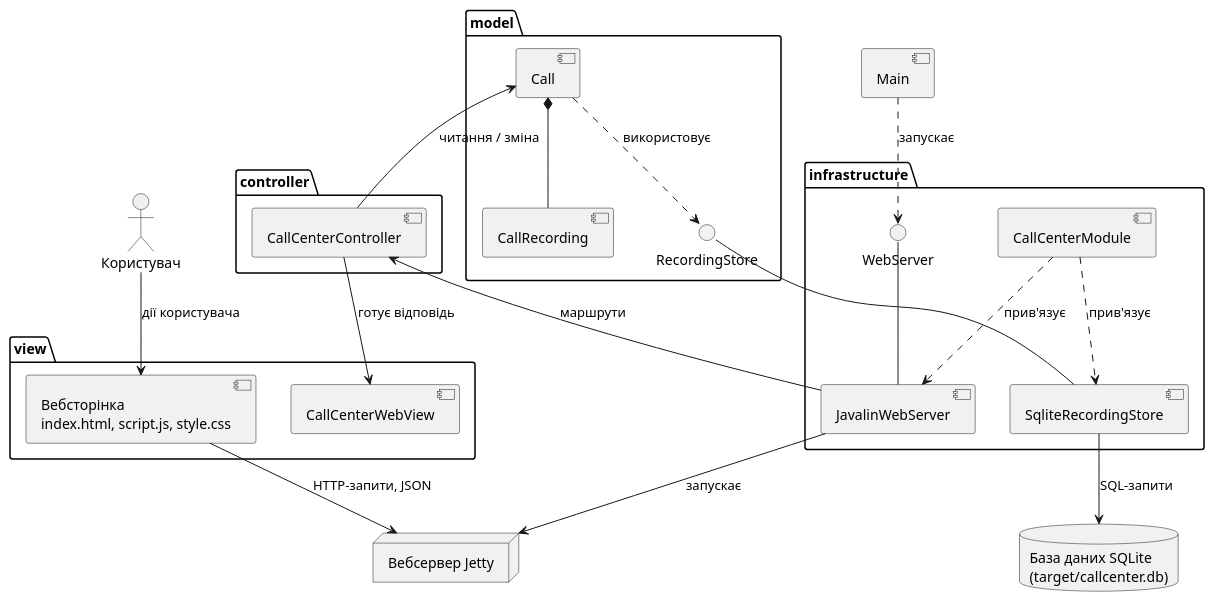
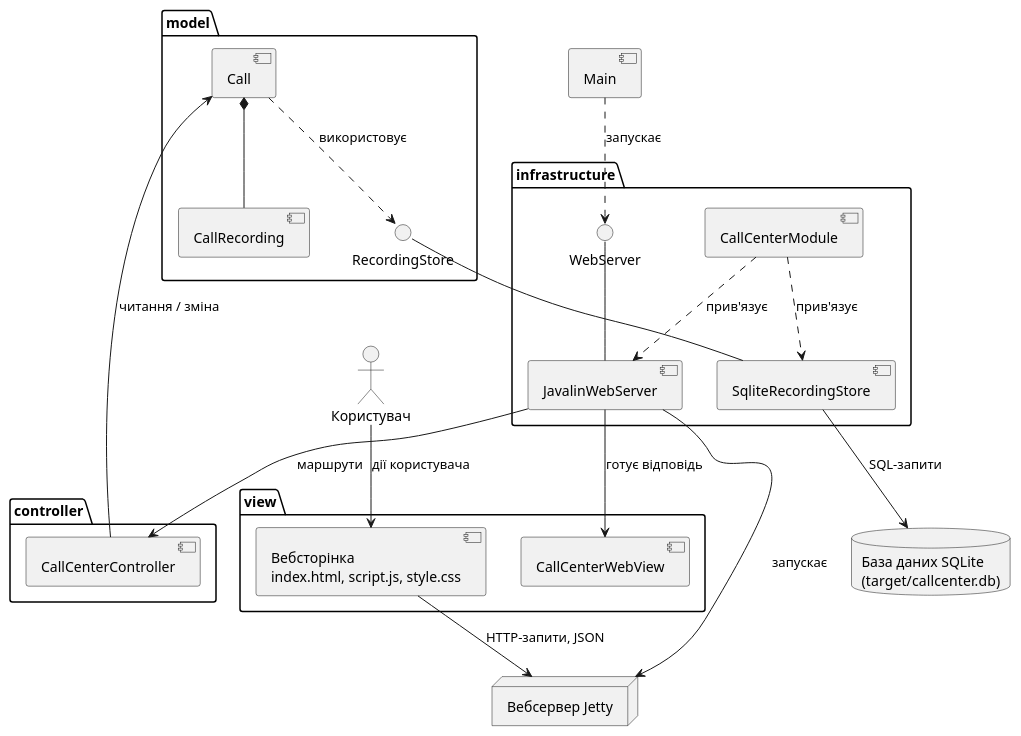
The diagram in docs/component.puml (olenapolishchuk07/callcenter), drawn with PlantUML before and after one commit. The commit also changed 2 other files, not shown here.

Commit message:
Align UML diagrams with final MVC implementation and script.js

```diff
--- a/docs/component.puml
+++ b/docs/component.puml
@@ -1,47 +1,47 @@
 @startuml
 actor "Користувач" as User
 [Main]
 node "Вебсервер Jetty" as Jetty
 database "База даних SQLite\n(target/callcenter.db)" as SQLite
 
 package "view" {
   component "Вебсторінка\nindex.html, script.js, style.css" as WebPage
   [CallCenterWebView]
 }
 
 package "controller" {
   [CallCenterController]
 }
 
 package "infrastructure" {
   () "WebServer" as IWebServer
   [JavalinWebServer]
   [CallCenterModule]
   [SqliteRecordingStore]
 }
 
 package "model" {
   [Call]
   [CallRecording]
   () "RecordingStore" as IRecordingStore
 }
 
 User --> WebPage : дії користувача
 WebPage --> Jetty : HTTP-запити, JSON
 
 [Main] ..> IWebServer : запускає
 IWebServer -- [JavalinWebServer]
 [JavalinWebServer] --> Jetty : запускає
 [JavalinWebServer] --> [CallCenterController] : маршрути
 
 [CallCenterModule] ..> [JavalinWebServer] : прив'язує
 [CallCenterModule] ..> [SqliteRecordingStore] : прив'язує
 
-[CallCenterController] --> [CallCenterWebView] : готує відповідь
+[JavalinWebServer] --> [CallCenterWebView] : готує відповідь
 [CallCenterController] --> [Call] : читання / зміна
 
 [Call] ..> IRecordingStore : використовує
 [Call] *-- [CallRecording]
 IRecordingStore -- [SqliteRecordingStore]
 [SqliteRecordingStore] --> SQLite : SQL-запити
 @enduml
```
